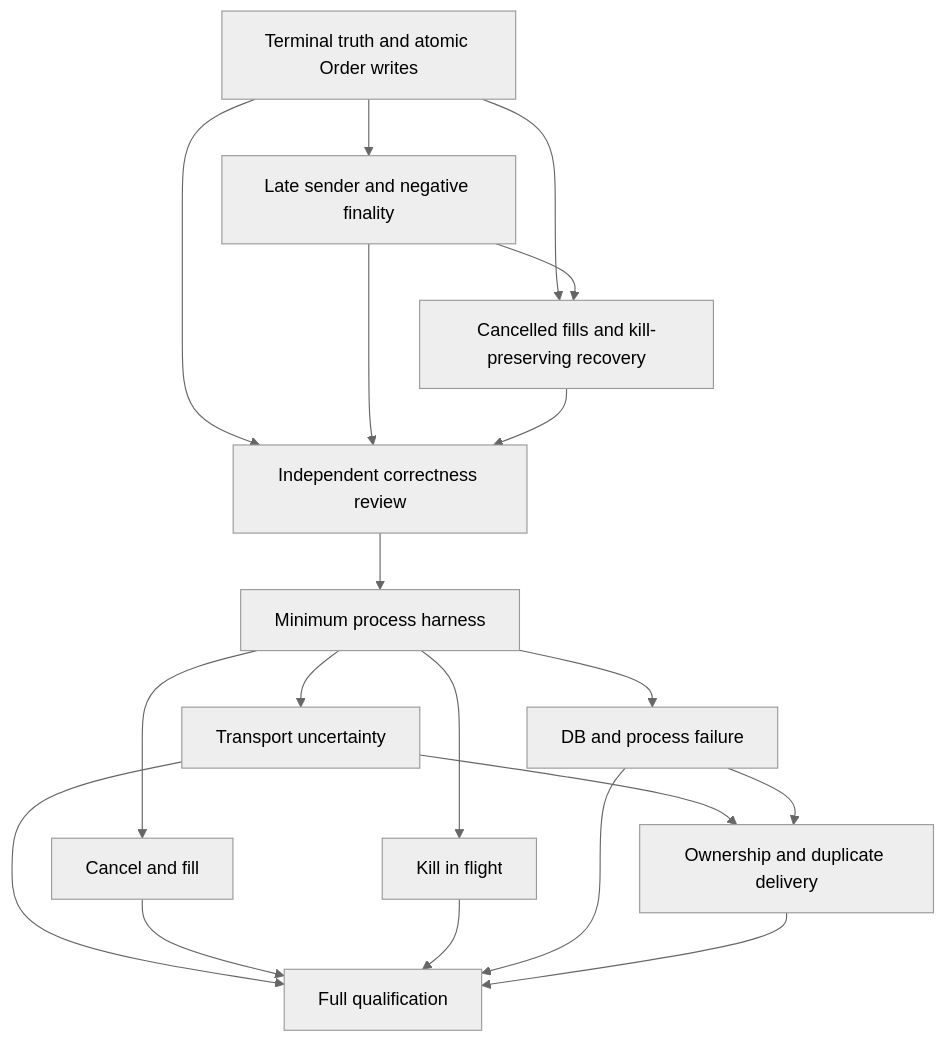
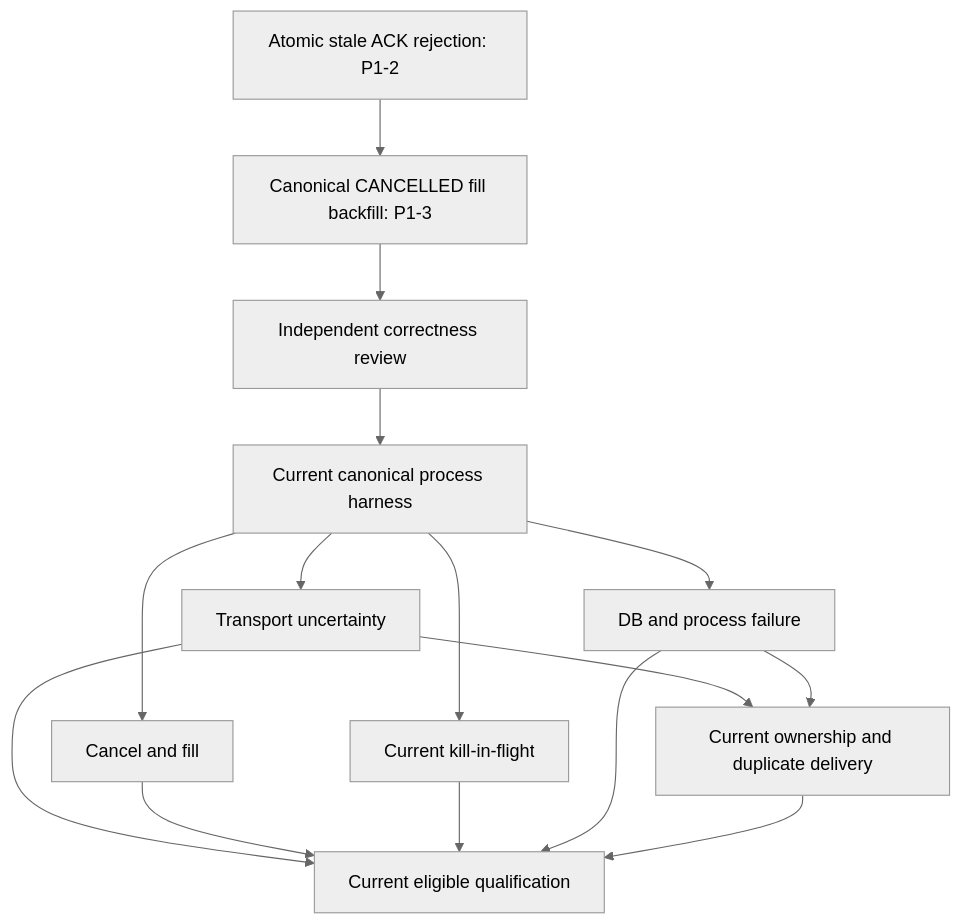
One commit to ling5477/nexus-quant changed the diagram in docs/audit/evidence/GATEAUDIT_PHASE6_L4_FAILURE_MATRIX_PLAN.md. Above: the diagram before and after it, drawn with Mermaid (neutral theme). The commit also changed other lines of this file and 5 other files, not shown here.

````diff
--- a/docs/audit/evidence/GATEAUDIT_PHASE6_L4_FAILURE_MATRIX_PLAN.md
+++ b/docs/audit/evidence/GATEAUDIT_PHASE6_L4_FAILURE_MATRIX_PLAN.md
@@ -421,21 +420,17 @@
 ```mermaid
 graph TD
-  C1[Terminal truth and atomic Order writes] --> C3[Late sender and negative finality]
-  C1 --> C2[Cancelled fills and kill-preserving recovery]
-  C3 --> C2
-  C1 --> R[Independent correctness review]
-  C3 --> R
-  C2 --> R
-  R --> B0[Minimum process harness]
+  C1[Atomic stale ACK rejection: P1-2] --> C2[Canonical CANCELLED fill backfill: P1-3]
+  C2 --> R[Independent correctness review]
+  R --> B0[Current canonical process harness]
   B0 --> B1[Transport uncertainty]
   B0 --> B2[Cancel and fill]
-  B0 --> B3[Kill in flight]
+  B0 --> B3[Current kill-in-flight]
   B0 --> B4[DB and process failure]
-  B1 --> B5[Ownership and duplicate delivery]
+  B1 --> B5[Current ownership and duplicate delivery]
   B4 --> B5
-  B1 --> B6[Full qualification]
+  B1 --> B6[Current eligible qualification]
   B2 --> B6
   B3 --> B6
   B4 --> B6
   B5 --> B6
 ```
````
